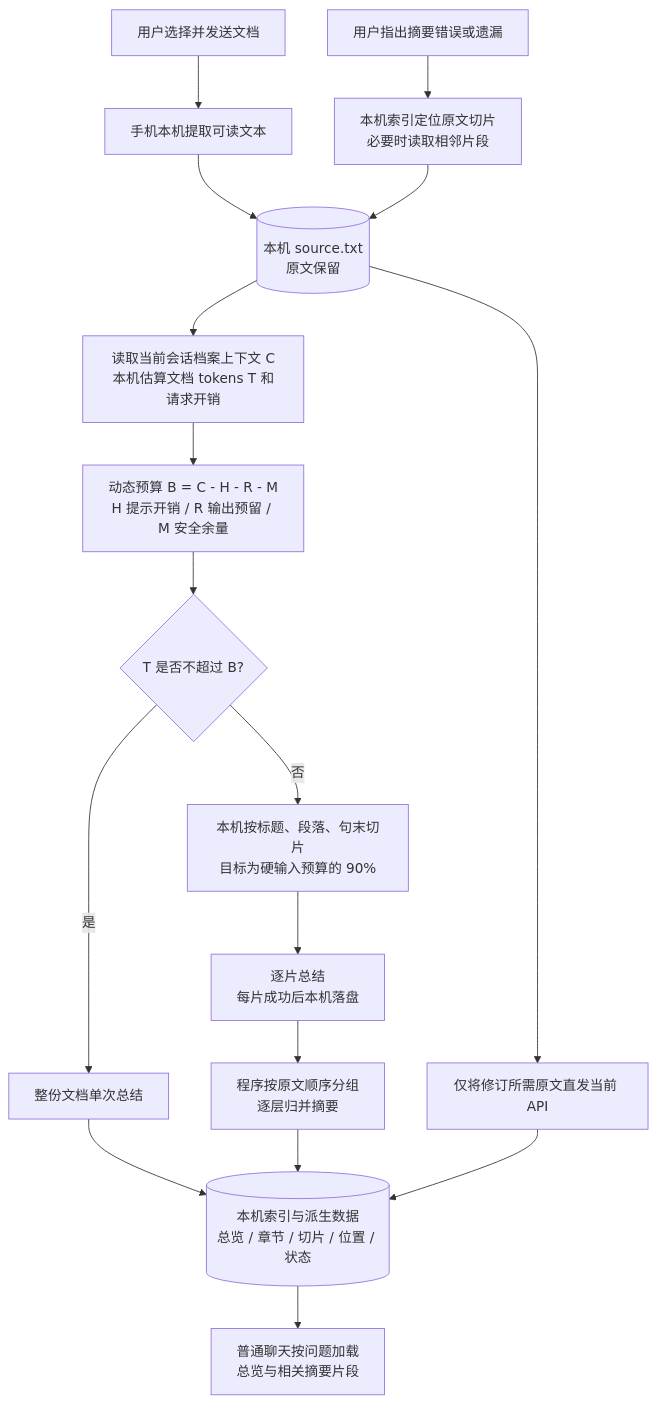
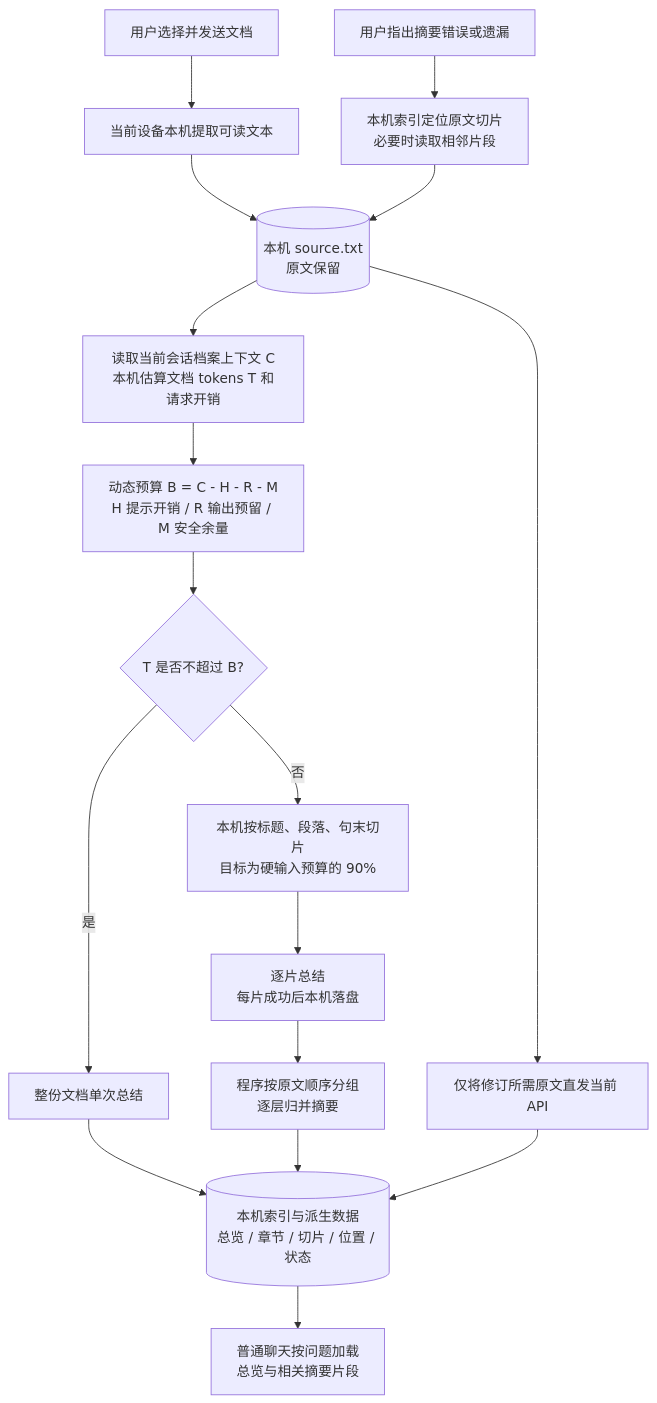
Before and after one commit to SymbioticUniverse/Cwhale-: the third of 5 diagrams in README.md, drawn with Mermaid. The commit also changed other lines of this file and 40 other files, not shown here.

````diff
--- a/README.md
+++ b/README.md
@@ -128,24 +115,24 @@
 ```mermaid
 flowchart TD
   PICK[用户选择并发送文档]
-  EXTRACT[手机本机提取可读文本]
+  EXTRACT[当前设备本机提取可读文本]
   SOURCE[(本机 source.txt<br/>原文保留)]
   PLAN[读取当前会话档案上下文 C<br/>本机估算文档 tokens T 和请求开销]
   CALC[动态预算 B = C - H - R - M<br/>H 提示开销 / R 输出预留 / M 安全余量]
   FIT{T 是否不超过 B?}
   ONE[整份文档单次总结]
   CUT[本机按标题、段落、句末切片<br/>目标为硬输入预算的 90%]
   CHUNKS[逐片总结<br/>每片成功后本机落盘]
   MERGE[程序按原文顺序分组<br/>逐层归并摘要]
   INDEX[(本机索引与派生数据<br/>总览 / 章节 / 切片 / 位置 / 状态)]
   USE[普通聊天按问题加载<br/>总览与相关摘要片段]
   FEEDBACK[用户指出摘要错误或遗漏]
   LOCATE[本机索引定位原文切片<br/>必要时读取相邻片段]
   REVISE[仅将修订所需原文直发当前 API]
 
   PICK --> EXTRACT --> SOURCE --> PLAN --> CALC --> FIT
   FIT -->|是| ONE --> INDEX
   FIT -->|否| CUT --> CHUNKS --> MERGE --> INDEX
   INDEX --> USE
   FEEDBACK --> LOCATE --> SOURCE --> REVISE --> INDEX
 ```
````
